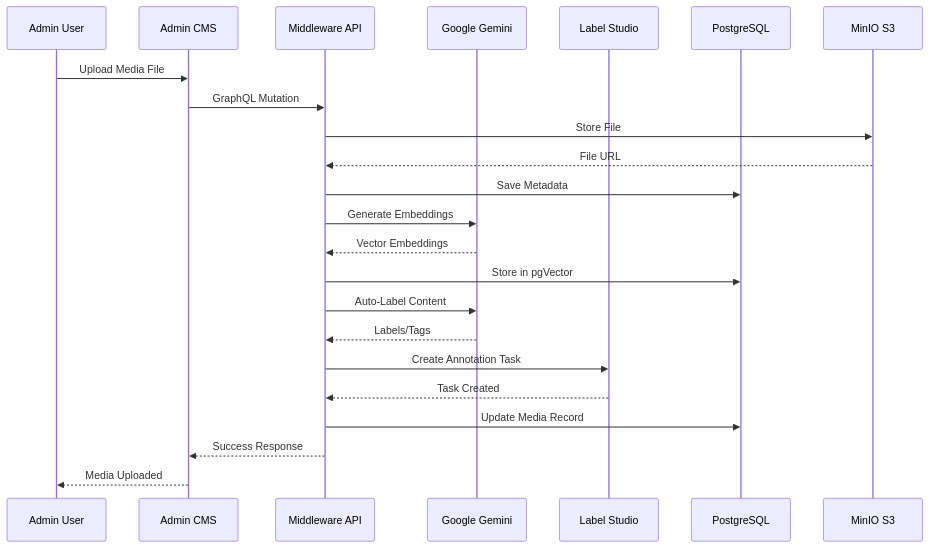
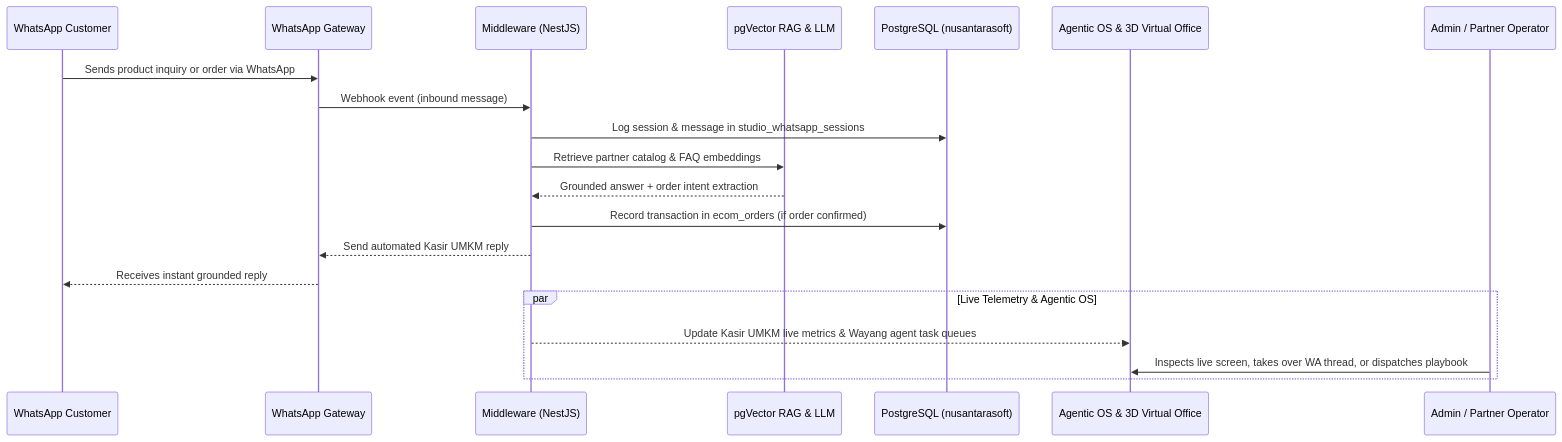
One commit to nusantarasoft/juragan-aibuilder-cup changed the second of 2 diagrams in README.md. Above: the diagram before and after it, drawn with Mermaid. The commit also changed other lines of this file, not shown here.

Commit message:
docs(readme): rewrite root README for NusantaraSoft AI Studio, UMKM WA Kasir, Agentic OS & 3D Virtual Office

````diff
--- a/README.md
+++ b/README.md
@@ -140,29 +84,24 @@
 ```mermaid
 sequenceDiagram
-    participant User as Admin User
-    participant CMS as Admin CMS
-    participant MW as Middleware API
-    participant Gemini as Google Gemini
-    participant LS as Label Studio
-    participant DB as PostgreSQL
-    participant S3 as MinIO S3
+    participant Customer as WhatsApp Customer
+    participant WA as WhatsApp Gateway
+    participant MW as Middleware (NestJS)
+    participant RAG as pgVector RAG & LLM
+    participant DB as PostgreSQL (nusantarasoft)
+    participant Office as Agentic OS & 3D Virtual Office
+    participant Operator as Admin / Partner Operator
 
-    User->>CMS: Upload Media File
-    CMS->>MW: GraphQL Mutation
-    MW->>S3: Store File
-    S3-->>MW: File URL
-    MW->>DB: Save Metadata
-    
-    MW->>Gemini: Generate Embeddings
-    Gemini-->>MW: Vector Embeddings
-    MW->>DB: Store in pgVector
-    
-    MW->>Gemini: Auto-Label Content
-    Gemini-->>MW: Labels/Tags
-    MW->>LS: Create Annotation Task
-    LS-->>MW: Task Created
-    
-    MW->>DB: Update Media Record
-    MW-->>CMS: Success Response
-    CMS-->>User: Media Uploaded
+    Customer->>WA: Sends product inquiry or order via WhatsApp
+    WA->>MW: Webhook event (inbound message)
+    MW->>DB: Log session & message in studio_whatsapp_sessions
+    MW->>RAG: Retrieve partner catalog & FAQ embeddings
+    RAG-->>MW: Grounded answer + order intent extraction
+    MW->>DB: Record transaction in ecom_orders (if order confirmed)
+    MW-->>WA: Send automated Kasir UMKM reply
+    WA-->>Customer: Receives instant grounded reply
+
+    par Live Telemetry & Agentic OS
+        MW-->>Office: Update Kasir UMKM live metrics & Wayang agent task queues
+        Operator->>Office: Inspects live screen, takes over WA thread, or dispatches playbook
+    end
 ```
````
